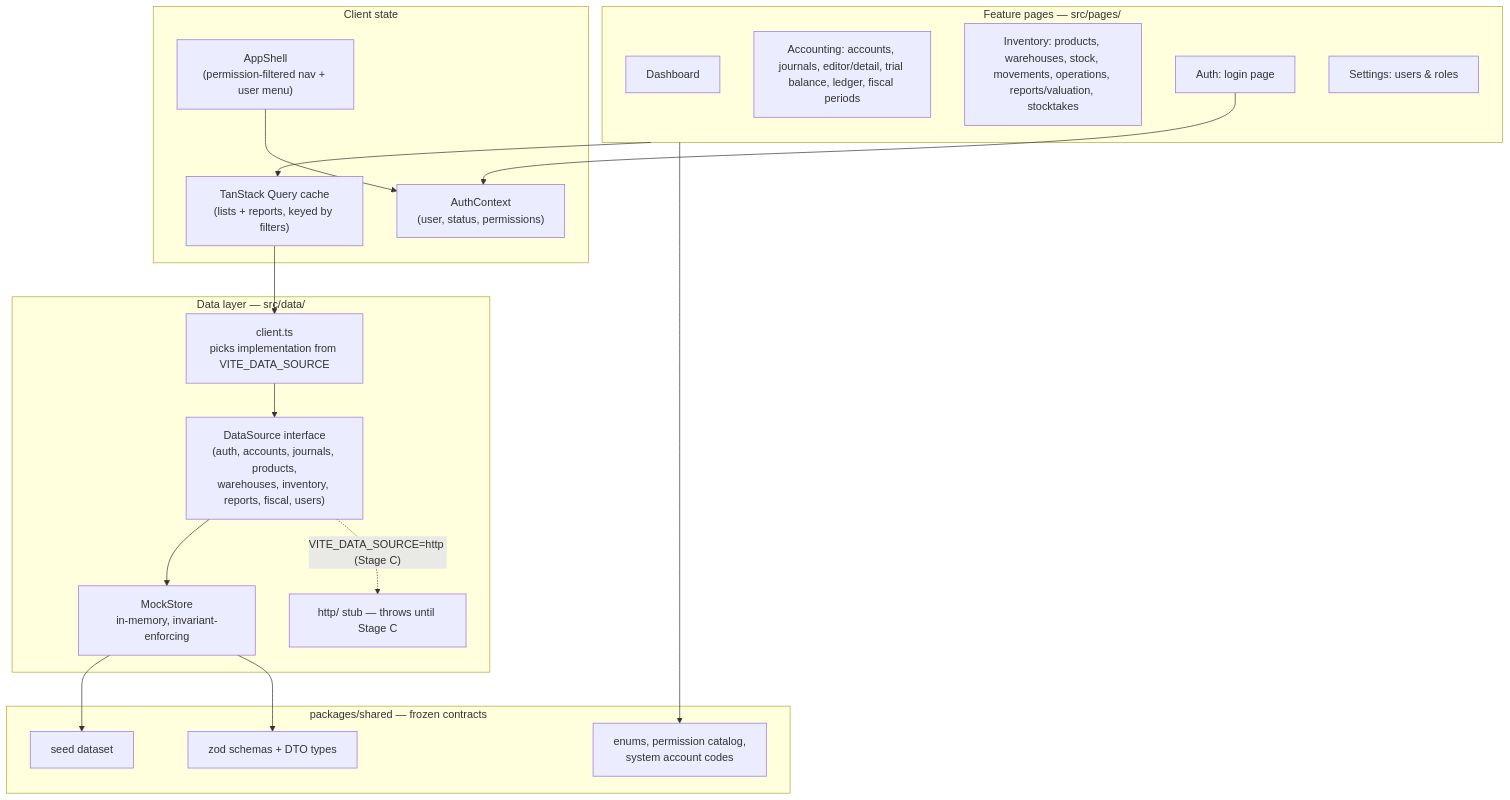
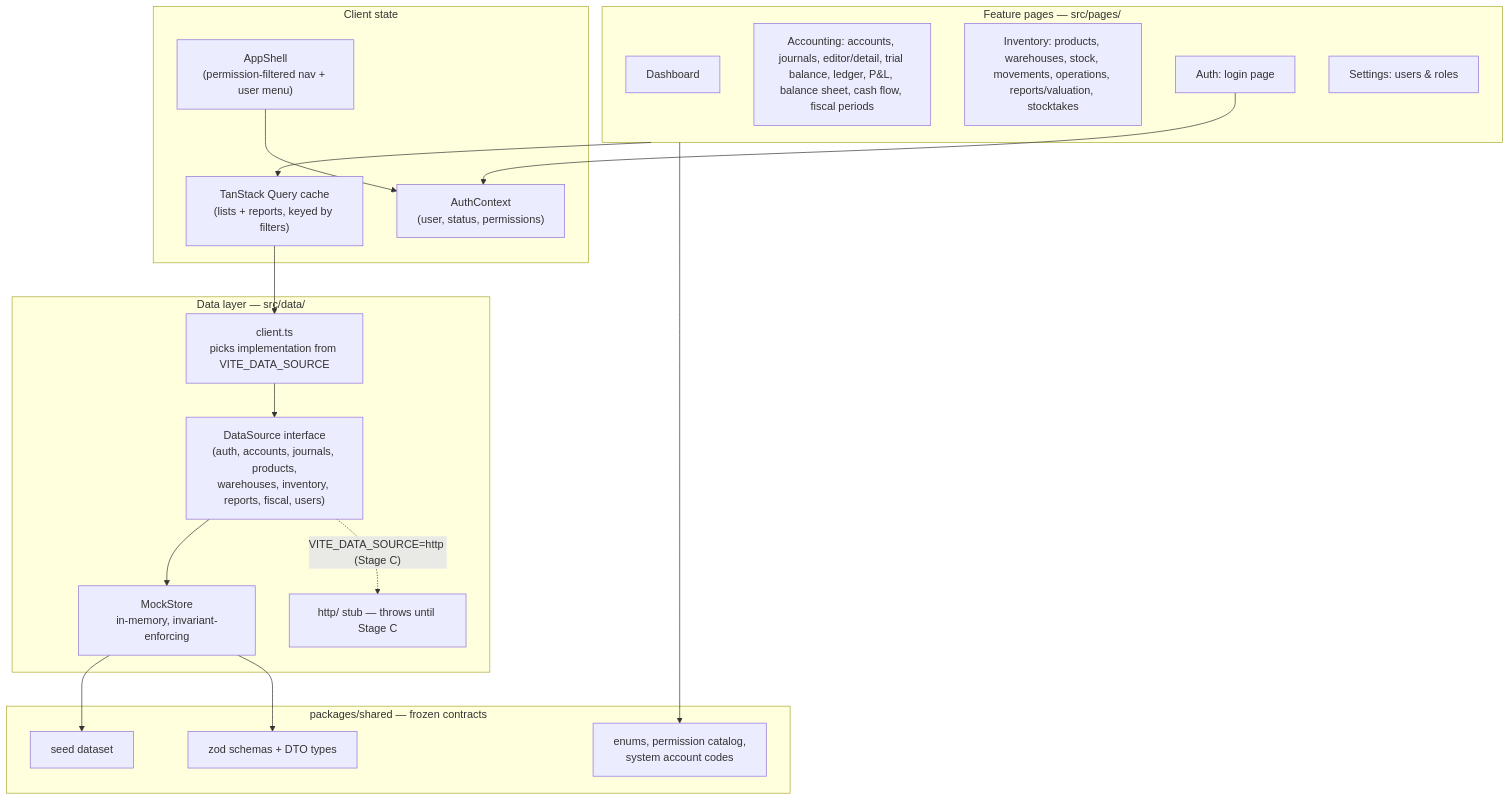
The second of 5 diagrams in docs/ARCHITECTURE.md (ahmed-226/ERP-Suite), drawn with Mermaid before and after one commit. The commit also changed other lines of this file and 14 other files, not shown here.

First line of the commit message:
feat(reports): add profit and loss, balance sheet, and cash flow statements

````diff
--- a/docs/ARCHITECTURE.md
+++ b/docs/ARCHITECTURE.md
@@ -20,40 +20,40 @@
 ```mermaid
 flowchart TD
     subgraph UI["Feature pages — src/pages/"]
         P1["Dashboard"]
-        P2["Accounting: accounts, journals, editor/detail, trial balance, ledger, fiscal periods"]
+        P2["Accounting: accounts, journals, editor/detail, trial balance, ledger, P&L, balance sheet, cash flow, fiscal periods"]
         P3["Inventory: products, warehouses, stock, movements, operations, reports/valuation, stocktakes"]
         P4["Auth: login page"]
         P5["Settings: users & roles"]
     end
 
     subgraph State["Client state"]
         Q["TanStack Query cache<br/>(lists + reports, keyed by filters)"]
         AC["AuthContext<br/>(user, status, permissions)"]
         SH["AppShell<br/>(permission-filtered nav + user menu)"]
     end
 
     subgraph Data["Data layer — src/data/"]
         DC["client.ts<br/>picks implementation from VITE_DATA_SOURCE"]
         IF["DataSource interface<br/>(auth, accounts, journals, products,<br/>warehouses, inventory, reports, fiscal, users)"]
         MS["MockStore<br/>in-memory, invariant-enforcing"]
         HS["http/ stub — throws until Stage C"]
     end
 
     subgraph Shared["packages/shared — frozen contracts"]
         ZD["zod schemas + DTO types"]
         SD["seed dataset"]
         CO["enums, permission catalog,<br/>system account codes"]
     end
 
     P4 --> AC
     SH --> AC
     UI --> Q
     Q --> DC
     DC --> IF
     IF --> MS
     IF -.->|"VITE_DATA_SOURCE=http (Stage C)"| HS
     MS --> SD
     MS --> ZD
     UI --> CO
 ```
````
